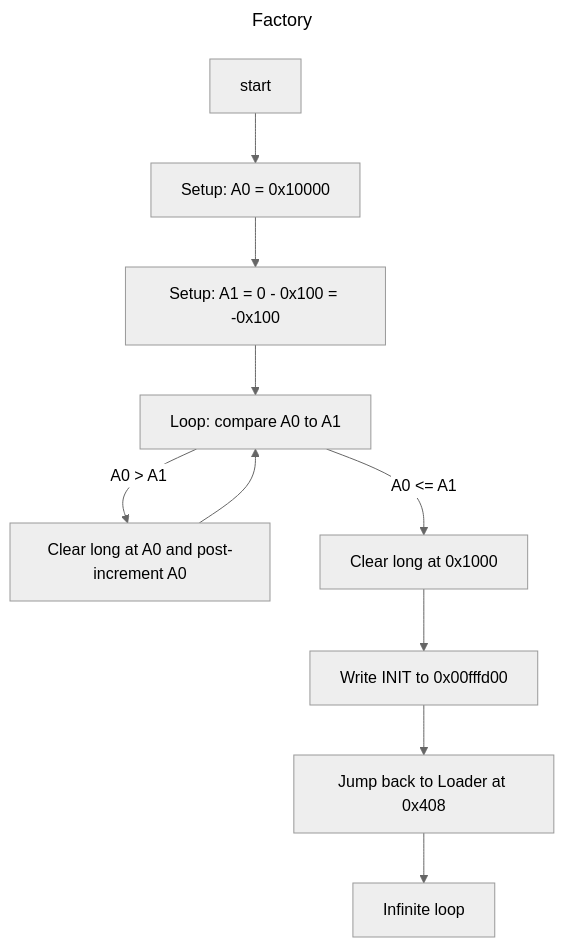
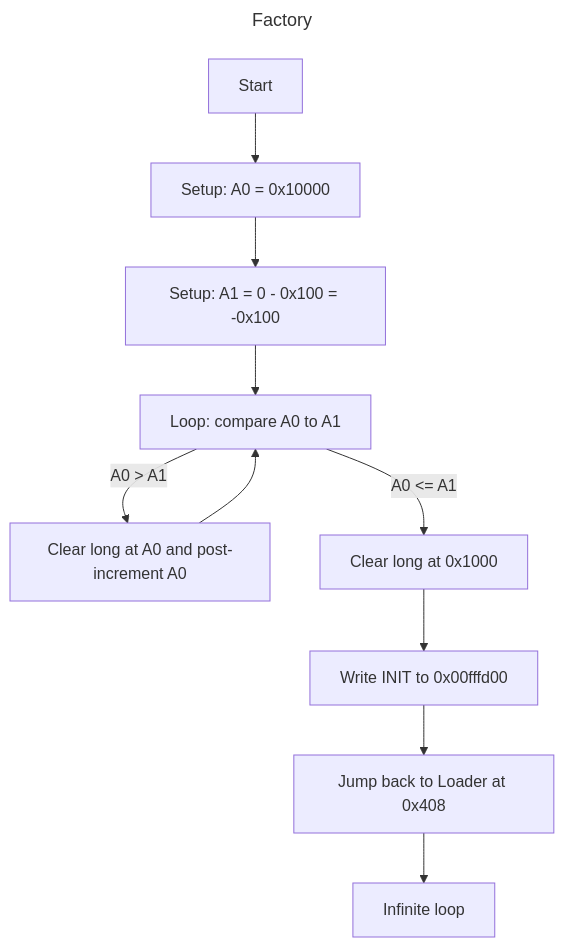
Before and after one commit to Automatenunsinn/factory: the diagram in README.md, drawn with Mermaid.

Commit message:
auto adjust theme

````diff
--- a/README.md
+++ b/README.md
@@ -1,19 +1,18 @@
 ```mermaid
 ---
 title: Factory
 config:
-  theme: neutral
   themeVariables:
     fontFamily: "Bahnschrift Light"
 ---
 flowchart TD
-    A[start] --> B[Setup: A0 = 0x10000]
+    A[Start] --> B[Setup: A0 = 0x10000]
     B --> C[Setup: A1 = 0 - 0x100 = -0x100]
     C --> D[Loop: compare A0 to A1]
     D -->|A0 > A1| E[Clear long at A0 and post-increment A0]
     E --> D
     D -->|A0 <= A1| F[Clear long at 0x1000]
     F --> G[Write INIT to 0x00fffd00]
     G --> H[Jump back to Loader at 0x408]
     H --> I[Infinite loop]
 ```
````
